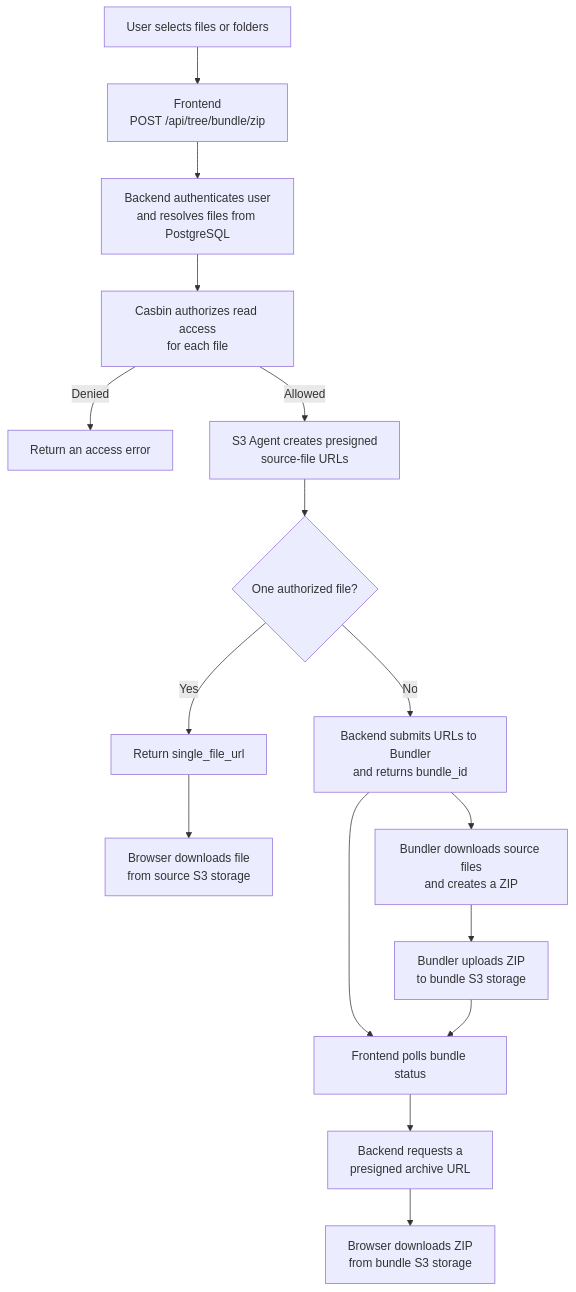
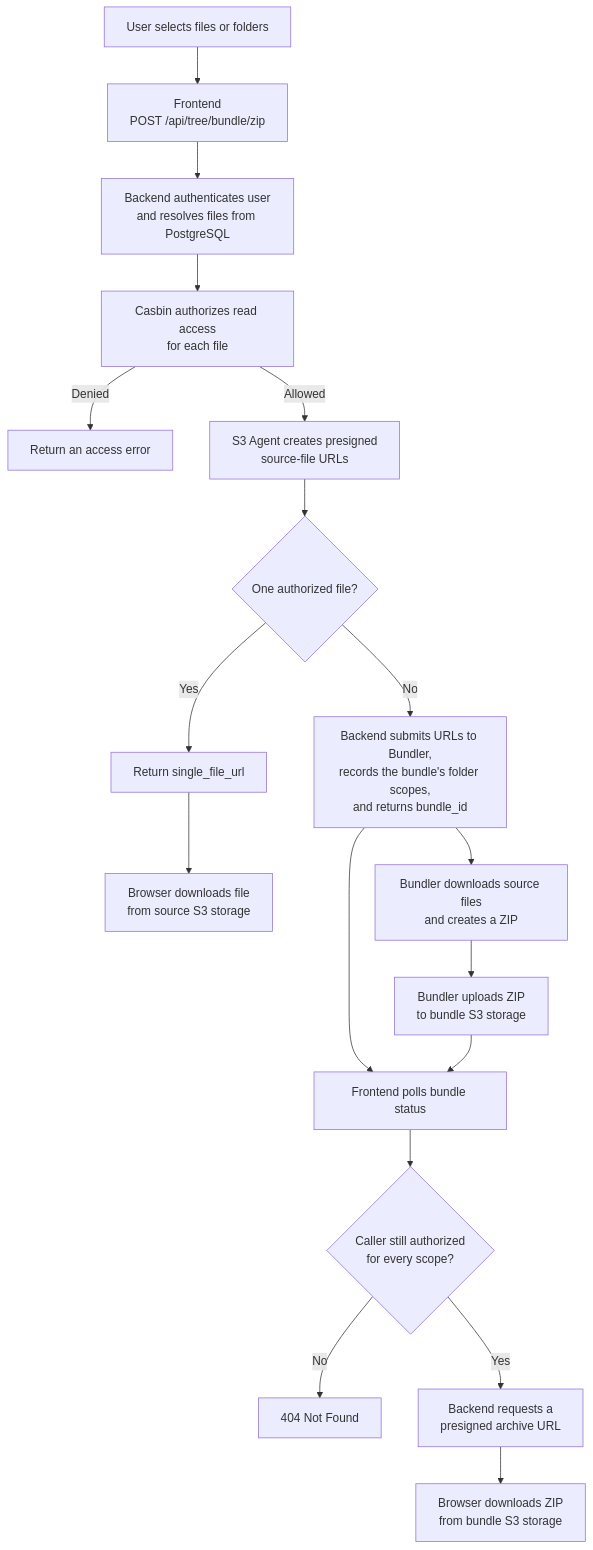
One commit to pmahon3/Data-Portal changed the first of 7 diagrams in docs/diagrams/sequence-storage-access.md. Above: the diagram before and after it, drawn with Mermaid. The commit also changed other lines of this file, not shown here.

First line of the commit message:
docs(diagrams): document bundle redemption authorization

````diff
--- a/docs/diagrams/sequence-storage-access.md
+++ b/docs/diagrams/sequence-storage-access.md
@@ -8,20 +8,22 @@
 ```mermaid
 flowchart TD
     A["User selects files or folders"] --> B["Frontend<br/>POST /api/tree/bundle/zip"]
     B --> C["Backend authenticates user<br/>and resolves files from PostgreSQL"]
     C --> D["Casbin authorizes read access<br/>for each file"]
     D -->|Denied| E["Return an access error"]
     D -->|Allowed| F["S3 Agent creates presigned<br/>source-file URLs"]
     F --> G{"One authorized file?"}
 
     G -->|Yes| H["Return single_file_url"]
     H --> I["Browser downloads file<br/>from source S3 storage"]
 
-    G -->|No| J["Backend submits URLs to Bundler<br/>and returns bundle_id"]
+    G -->|No| J["Backend submits URLs to Bundler,<br/>records the bundle's folder scopes,<br/>and returns bundle_id"]
     J --> K["Bundler downloads source files<br/>and creates a ZIP"]
     K --> L["Bundler uploads ZIP<br/>to bundle S3 storage"]
     J --> M["Frontend polls bundle status"]
     L --> M
-    M --> N["Backend requests a <br/>presigned archive URL"]
+    M --> M2{"Caller still authorized<br/>for every scope?"}
+    M2 -->|No| M3["404 Not Found"]
+    M2 -->|Yes| N["Backend requests a <br/>presigned archive URL"]
     N --> O["Browser downloads ZIP<br/>from bundle S3 storage"]
 ```
````
